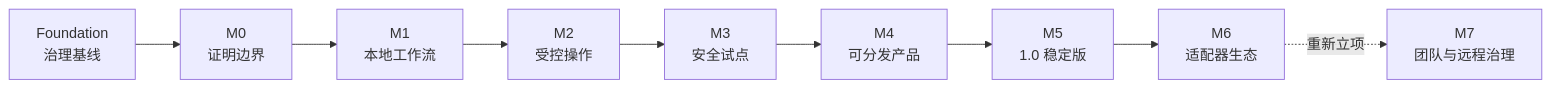
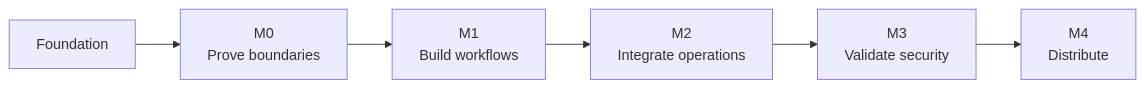
One commit to qq940500529/secretbridge changed the diagram in ROADMAP.md. Above: the diagram before and after it, drawn with Mermaid. The commit also changed other lines of this file and 24 other files, not shown here.

````diff
--- a/ROADMAP.md
+++ b/ROADMAP.md
@@ -46,8 +19,8 @@
 ```mermaid
 flowchart LR
-    F["Foundation<br/>治理基线"] --> M0["M0<br/>证明边界"]
-    M0 --> M1["M1<br/>本地工作流"] --> M2["M2<br/>受控操作"]
-    M2 --> M3["M3<br/>安全试点"] --> M4["M4<br/>可分发产品"]
-    M4 --> M5["M5<br/>1.0 稳定版"] --> M6["M6<br/>适配器生态"]
-    M6 -.重新立项.-> M7["M7<br/>团队与远程治理"]
+    A["Foundation"] --> B["M0<br/>Prove boundaries"]
+    B --> C["M1<br/>Build workflows"]
+    C --> D["M2<br/>Integrate operations"]
+    D --> E["M3<br/>Validate security"]
+    E --> F["M4<br/>Distribute"]
 ```
````
